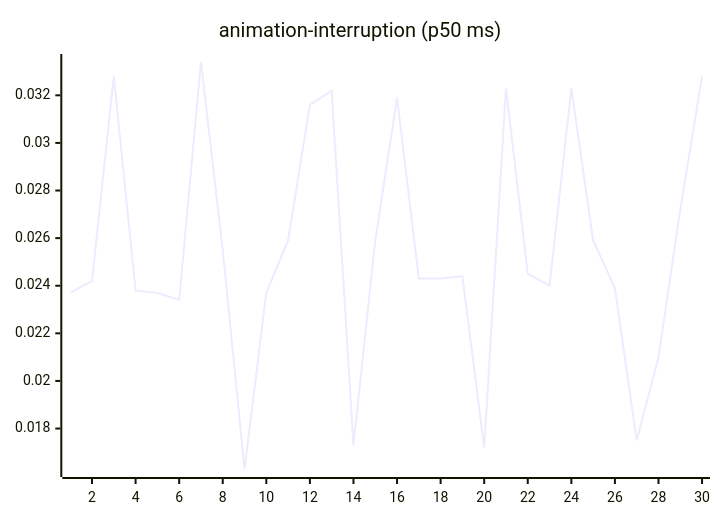
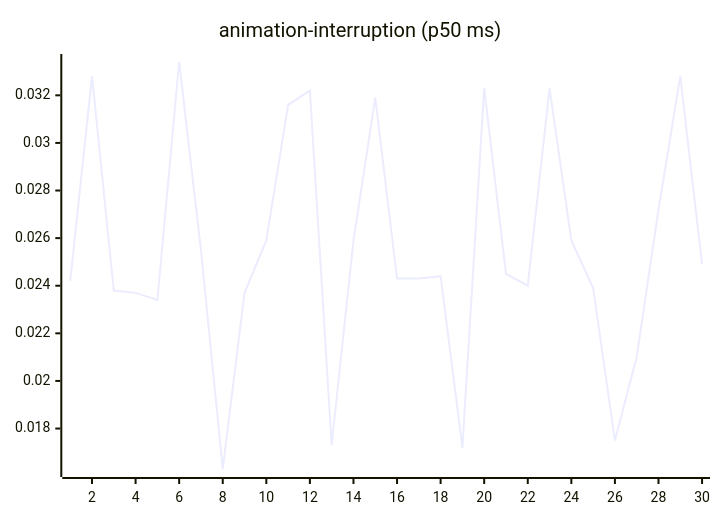
One commit to josha/Facet changed the third of 27 diagrams in README.md. Above: the diagram before and after it, drawn with Mermaid. The commit also changed other lines of this file and 2 other files, not shown here.

````diff
--- a/README.md
+++ b/README.md
@@ -77,6 +77,6 @@
 ```mermaid
 xychart-beta
     title "animation-interruption (p50 ms)"
     x-axis 1 --> 30
-    line [0.0237, 0.0242, 0.0328, 0.0238, 0.0237, 0.0234, 0.0334, 0.0255, 0.0163, 0.0237, 0.0259, 0.0316, 0.0322, 0.0173, 0.0259, 0.0319, 0.0243, 0.0243, 0.0244, 0.0172, 0.0323, 0.0245, 0.0240, 0.0323, 0.0259, 0.0239, 0.0175, 0.0210, 0.0272, 0.0328]
+    line [0.0242, 0.0328, 0.0238, 0.0237, 0.0234, 0.0334, 0.0255, 0.0163, 0.0237, 0.0259, 0.0316, 0.0322, 0.0173, 0.0259, 0.0319, 0.0243, 0.0243, 0.0244, 0.0172, 0.0323, 0.0245, 0.0240, 0.0323, 0.0259, 0.0239, 0.0175, 0.0210, 0.0272, 0.0328, 0.0249]
 ```
````
